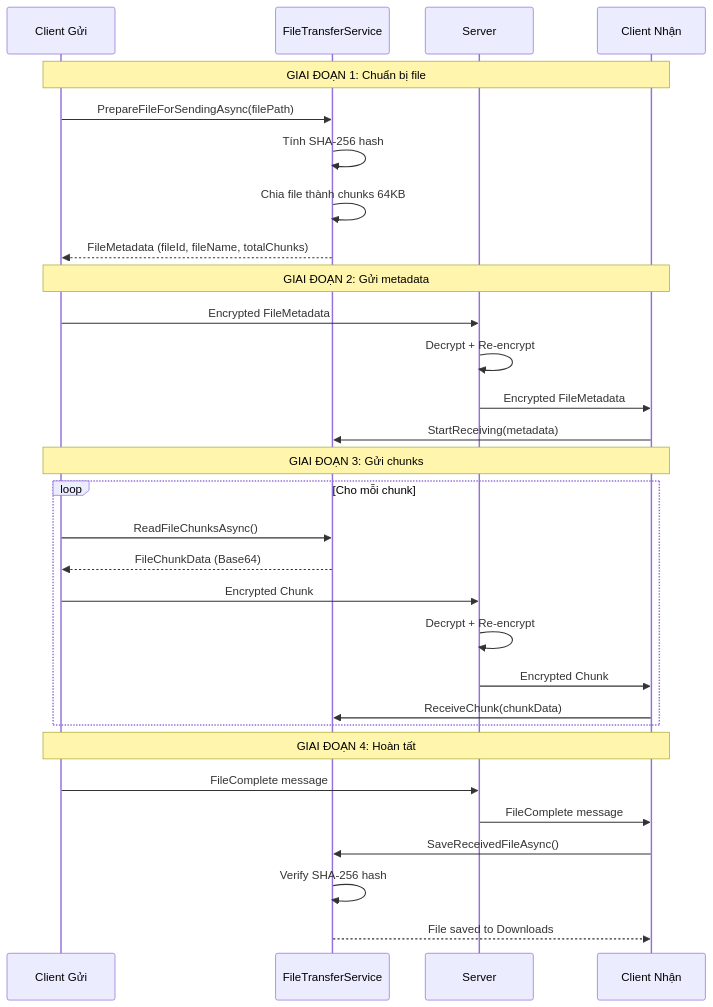
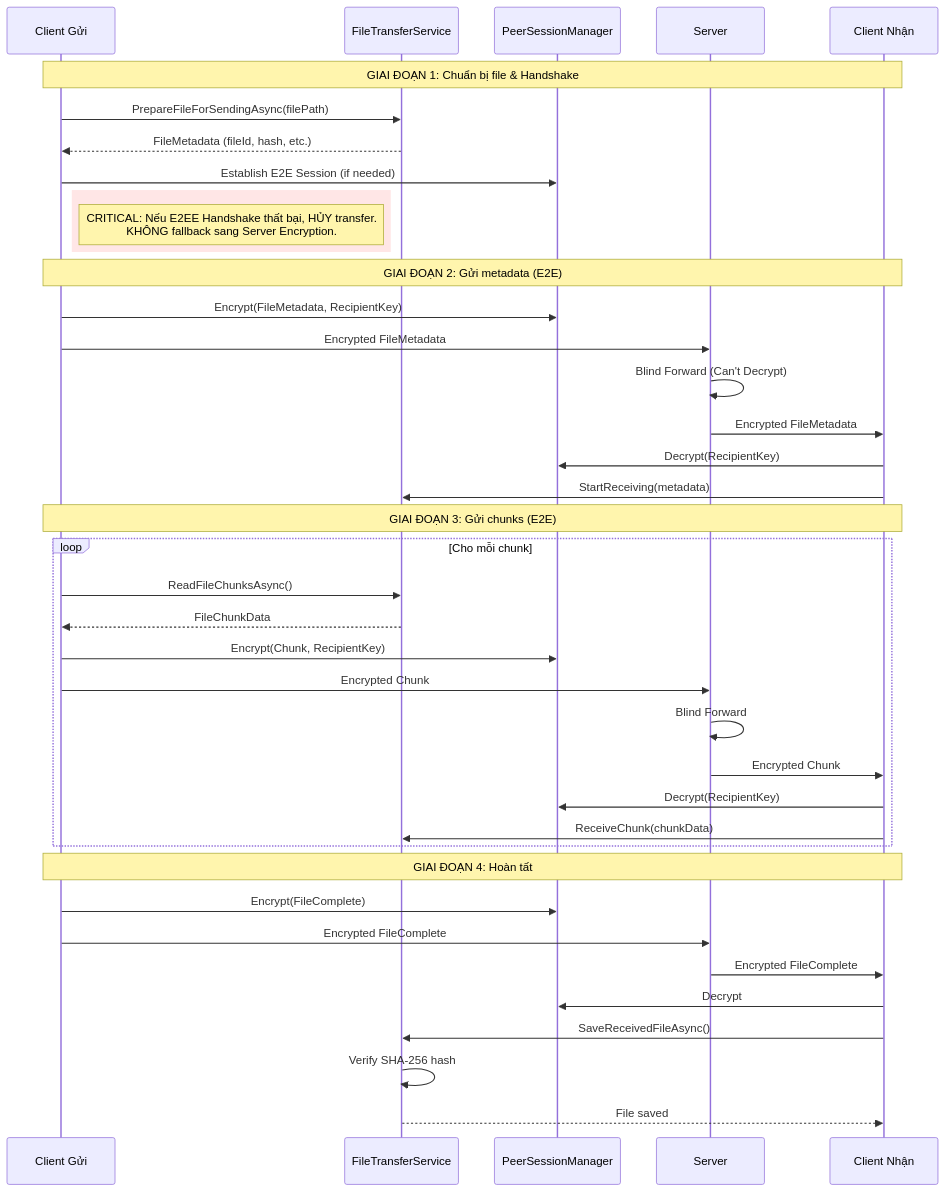
Before and after one commit to QuocVinhTrinhLam/SecureChat-System: the fifth of 10 diagrams in docs/SECURITY_FLOW.md, drawn with Mermaid. The commit also changed other lines of this file and 41 other files, not shown here.

````diff
--- a/docs/SECURITY_FLOW.md
+++ b/docs/SECURITY_FLOW.md
@@ -148,36 +229,46 @@
 ```mermaid
 sequenceDiagram
     participant Sender as Client Gửi
     participant FTS as FileTransferService
+    participant PSM as PeerSessionManager
     participant Server as Server
     participant Receiver as Client Nhận
 
-    Note over Sender,Receiver: GIAI ĐOẠN 1: Chuẩn bị file
+    Note over Sender,Receiver: GIAI ĐOẠN 1: Chuẩn bị file & Handshake
     Sender->>FTS: PrepareFileForSendingAsync(filePath)
-    FTS->>FTS: Tính SHA-256 hash
-    FTS->>FTS: Chia file thành chunks 64KB
-    FTS-->>Sender: FileMetadata (fileId, fileName, totalChunks)
+    FTS-->>Sender: FileMetadata (fileId, hash, etc.)
+    Sender->>PSM: Establish E2E Session (if needed)
+    
+    rect rgb(255, 230, 230)
+    Note right of Sender: CRITICAL: Nếu E2EE Handshake thất bại, HỦY transfer.<br/>KHÔNG fallback sang Server Encryption.
+    end
 
-    Note over Sender,Receiver: GIAI ĐOẠN 2: Gửi metadata
+    Note over Sender,Receiver: GIAI ĐOẠN 2: Gửi metadata (E2E)
+    Sender->>PSM: Encrypt(FileMetadata, RecipientKey)
     Sender->>Server: Encrypted FileMetadata
-    Server->>Server: Decrypt + Re-encrypt
+    Server->>Server: Blind Forward (Can't Decrypt)
     Server->>Receiver: Encrypted FileMetadata
+    Receiver->>PSM: Decrypt(RecipientKey)
     Receiver->>FTS: StartReceiving(metadata)
 
-    Note over Sender,Receiver: GIAI ĐOẠN 3: Gửi chunks
+    Note over Sender,Receiver: GIAI ĐOẠN 3: Gửi chunks (E2E)
     loop Cho mỗi chunk
         Sender->>FTS: ReadFileChunksAsync()
-        FTS-->>Sender: FileChunkData (Base64)
+        FTS-->>Sender: FileChunkData
+        Sender->>PSM: Encrypt(Chunk, RecipientKey)
         Sender->>Server: Encrypted Chunk
-        Server->>Server: Decrypt + Re-encrypt
+        Server->>Server: Blind Forward
         Server->>Receiver: Encrypted Chunk
+        Receiver->>PSM: Decrypt(RecipientKey)
         Receiver->>FTS: ReceiveChunk(chunkData)
     end
 
     Note over Sender,Receiver: GIAI ĐOẠN 4: Hoàn tất
-    Sender->>Server: FileComplete message
-    Server->>Receiver: FileComplete message
+    Sender->>PSM: Encrypt(FileComplete)
+    Sender->>Server: Encrypted FileComplete
+    Server->>Receiver: Encrypted FileComplete
+    Receiver->>PSM: Decrypt
     Receiver->>FTS: SaveReceivedFileAsync()
     FTS->>FTS: Verify SHA-256 hash
-    FTS-->>Receiver: File saved to Downloads
+    FTS-->>Receiver: File saved
 ```
````
